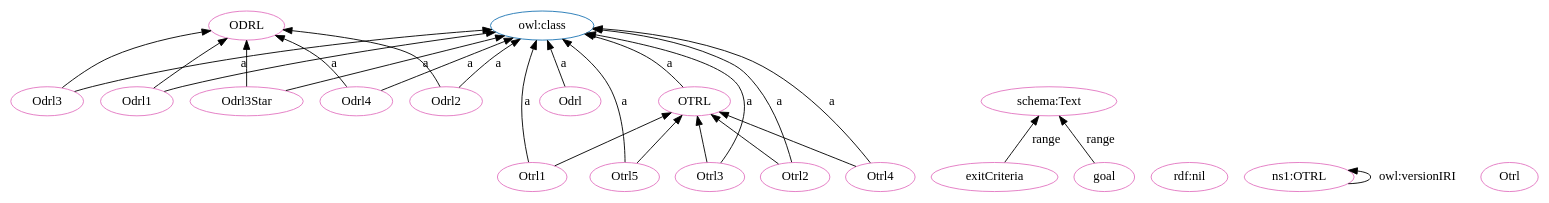
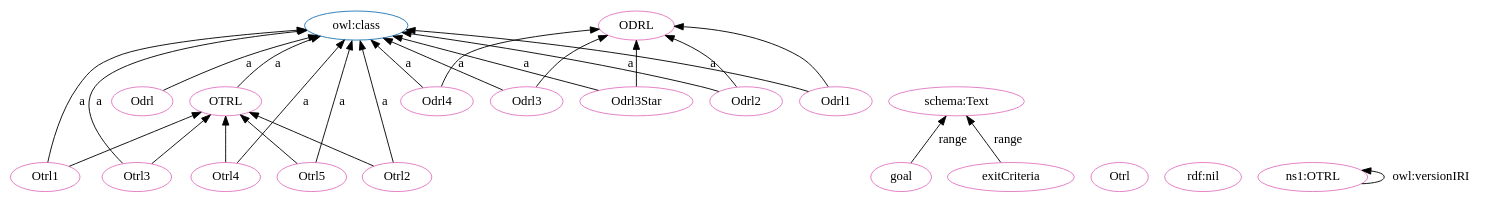
One commit to OPEN-NEXT/OKH-LOSH changed the diagram in OTRL-clean.dot. Above: the diagram before and after it, drawn with Graphviz. The commit also changed other lines of this file and 15 other files, not shown here.

```diff
--- a/OTRL-clean.dot
+++ b/OTRL-clean.dot
@@ -1,51 +1,51 @@
 digraph G {
   rankdir=BT
   node[height=.3]
+"http://purl.org/oseg/ontologies/OTRL#OTRL" [fillcolor="#1f77b4" color="#1f77b4" label="OTRL"]
 "http://purl.org/oseg/ontologies/OTRL#ODRL" [fillcolor="#1f77b4" color="#1f77b4" label="ODRL"]
 "http://www.w3.org/2002/07/owl#class" [fillcolor="#1f77b4" color="#1f77b4" label="owl:class"]
-"http://purl.org/oseg/ontologies/OTRL#OTRL" [fillcolor="#1f77b4" color="#1f77b4" label="OTRL"]
-"http://purl.org/oseg/ontologies/OTRL#Odrl" [fillcolor="#e377c2" color="#e377c2" label="Odrl"]
-"http://purl.org/oseg/ontologies/OTRL#exitCriteria" [fillcolor="#e377c2" color="#e377c2" label="exitCriteria"]
-"http://www.w3.org/1999/02/22-rdf-syntax-ns#nil" [fillcolor="#e377c2" color="#e377c2" label="rdf:nil"]
+"http://purl.org/oseg/ontologies/OTRL#Otrl4" [fillcolor="#e377c2" color="#e377c2" label="Otrl4"]
+"http://purl.org/oseg/ontologies/OTRL#Otrl1" [fillcolor="#e377c2" color="#e377c2" label="Otrl1"]
 "http://purl.org/oseg/ontologies/OTRL#OTRL" [fillcolor="#e377c2" color="#e377c2" label="OTRL"]
-"http://purl.org/oseg/ontologies/OTRL" [fillcolor="#e377c2" color="#e377c2" label="ns1:OTRL"]
-"http://purl.org/oseg/ontologies/OTRL#Otrl1" [fillcolor="#e377c2" color="#e377c2" label="Otrl1"]
-"http://purl.org/oseg/ontologies/OTRL#Otrl5" [fillcolor="#e377c2" color="#e377c2" label="Otrl5"]
-"http://purl.org/oseg/ontologies/OTRL#Otrl3" [fillcolor="#e377c2" color="#e377c2" label="Otrl3"]
-"http://purl.org/oseg/ontologies/OTRL#Odrl3" [fillcolor="#e377c2" color="#e377c2" label="Odrl3"]
+"http://purl.org/oseg/ontologies/OTRL#goal" [fillcolor="#e377c2" color="#e377c2" label="goal"]
 "http://purl.org/oseg/ontologies/OTRL#Otrl" [fillcolor="#e377c2" color="#e377c2" label="Otrl"]
 "http://purl.org/oseg/ontologies/OTRL#ODRL" [fillcolor="#e377c2" color="#e377c2" label="ODRL"]
+"http://purl.org/oseg/ontologies/OTRL#Odrl2" [fillcolor="#e377c2" color="#e377c2" label="Odrl2"]
+"http://purl.org/oseg/ontologies/OTRL#Odrl3" [fillcolor="#e377c2" color="#e377c2" label="Odrl3"]
+"http://www.w3.org/1999/02/22-rdf-syntax-ns#nil" [fillcolor="#e377c2" color="#e377c2" label="rdf:nil"]
+"http://purl.org/oseg/ontologies/OTRL" [fillcolor="#e377c2" color="#e377c2" label="ns1:OTRL"]
+"http://purl.org/oseg/ontologies/OTRL#exitCriteria" [fillcolor="#e377c2" color="#e377c2" label="exitCriteria"]
+"http://purl.org/oseg/ontologies/OTRL#Otrl3" [fillcolor="#e377c2" color="#e377c2" label="Otrl3"]
+"http://purl.org/oseg/ontologies/OTRL#Odrl" [fillcolor="#e377c2" color="#e377c2" label="Odrl"]
+"http://purl.org/oseg/ontologies/OTRL#Odrl4" [fillcolor="#e377c2" color="#e377c2" label="Odrl4"]
+"http://purl.org/oseg/ontologies/OTRL#Odrl3Star" [fillcolor="#e377c2" color="#e377c2" label="Odrl3Star"]
+"http://schema.org/Text" [fillcolor="#e377c2" color="#e377c2" label="schema:Text"]
+"http://purl.org/oseg/ontologies/OTRL#Otrl2" [fillcolor="#e377c2" color="#e377c2" label="Otrl2"]
+"http://purl.org/oseg/ontologies/OTRL#Otrl5" [fillcolor="#e377c2" color="#e377c2" label="Otrl5"]
 "http://purl.org/oseg/ontologies/OTRL#Odrl1" [fillcolor="#e377c2" color="#e377c2" label="Odrl1"]
-"http://purl.org/oseg/ontologies/OTRL#Odrl3Star" [fillcolor="#e377c2" color="#e377c2" label="Odrl3Star"]
-"http://purl.org/oseg/ontologies/OTRL#goal" [fillcolor="#e377c2" color="#e377c2" label="goal"]
-"http://purl.org/oseg/ontologies/OTRL#Otrl2" [fillcolor="#e377c2" color="#e377c2" label="Otrl2"]
-"http://purl.org/oseg/ontologies/OTRL#Odrl4" [fillcolor="#e377c2" color="#e377c2" label="Odrl4"]
-"http://purl.org/oseg/ontologies/OTRL#Odrl2" [fillcolor="#e377c2" color="#e377c2" label="Odrl2"]
-"http://purl.org/oseg/ontologies/OTRL#Otrl4" [fillcolor="#e377c2" color="#e377c2" label="Otrl4"]
-"http://schema.org/Text" [fillcolor="#e377c2" color="#e377c2" label="schema:Text"]
-  "http://purl.org/oseg/ontologies/OTRL#Otrl2" -> "http://purl.org/oseg/ontologies/OTRL#OTRL" [label=""]
+  "http://purl.org/oseg/ontologies/OTRL#Otrl4" -> "http://purl.org/oseg/ontologies/OTRL#OTRL" [label=""]
+  "http://purl.org/oseg/ontologies/OTRL#Odrl3" -> "http://www.w3.org/2002/07/owl#class" [label="a"]
+  "http://purl.org/oseg/ontologies/OTRL#Otrl3" -> "http://www.w3.org/2002/07/owl#class" [label="a"]
+  "http://purl.org/oseg/ontologies/OTRL#Otrl3" -> "http://purl.org/oseg/ontologies/OTRL#OTRL" [label=""]
+  "http://purl.org/oseg/ontologies/OTRL#Odrl3" -> "http://purl.org/oseg/ontologies/OTRL#ODRL" [label=""]
+  "http://purl.org/oseg/ontologies/OTRL#Odrl3Star" -> "http://www.w3.org/2002/07/owl#class" [label="a"]
+  "http://purl.org/oseg/ontologies/OTRL#Odrl3Star" -> "http://purl.org/oseg/ontologies/OTRL#ODRL" [label=""]
+  "http://purl.org/oseg/ontologies/OTRL#Otrl5" -> "http://purl.org/oseg/ontologies/OTRL#OTRL" [label=""]
   "http://purl.org/oseg/ontologies/OTRL" -> "http://purl.org/oseg/ontologies/OTRL" [label="owl:versionIRI"]
-  "http://purl.org/oseg/ontologies/OTRL#Odrl3" -> "http://www.w3.org/2002/07/owl#class" [label="a"]
-  "http://purl.org/oseg/ontologies/OTRL#Odrl1" -> "http://purl.org/oseg/ontologies/OTRL#ODRL" [label=""]
+  "http://purl.org/oseg/ontologies/OTRL#Otrl2" -> "http://www.w3.org/2002/07/owl#class" [label="a"]
+  "http://purl.org/oseg/ontologies/OTRL#Otrl4" -> "http://www.w3.org/2002/07/owl#class" [label="a"]
+  "http://purl.org/oseg/ontologies/OTRL#Otrl1" -> "http://www.w3.org/2002/07/owl#class" [label="a"]
   "http://purl.org/oseg/ontologies/OTRL#OTRL" -> "http://www.w3.org/2002/07/owl#class" [label="a"]
   "http://purl.org/oseg/ontologies/OTRL#Odrl4" -> "http://purl.org/oseg/ontologies/OTRL#ODRL" [label=""]
-  "http://purl.org/oseg/ontologies/OTRL#Otrl2" -> "http://www.w3.org/2002/07/owl#class" [label="a"]
+  "http://purl.org/oseg/ontologies/OTRL#Odrl2" -> "http://www.w3.org/2002/07/owl#class" [label="a"]
+  "http://purl.org/oseg/ontologies/OTRL#Otrl2" -> "http://purl.org/oseg/ontologies/OTRL#OTRL" [label=""]
   "http://purl.org/oseg/ontologies/OTRL#Odrl2" -> "http://purl.org/oseg/ontologies/OTRL#ODRL" [label=""]
-  "http://purl.org/oseg/ontologies/OTRL#Odrl2" -> "http://www.w3.org/2002/07/owl#class" [label="a"]
+  "http://purl.org/oseg/ontologies/OTRL#Odrl4" -> "http://www.w3.org/2002/07/owl#class" [label="a"]
   "http://purl.org/oseg/ontologies/OTRL#Odrl" -> "http://www.w3.org/2002/07/owl#class" [label="a"]
-  "http://purl.org/oseg/ontologies/OTRL#Otrl5" -> "http://www.w3.org/2002/07/owl#class" [label="a"]
-  "http://purl.org/oseg/ontologies/OTRL#Otrl1" -> "http://www.w3.org/2002/07/owl#class" [label="a"]
-  "http://purl.org/oseg/ontologies/OTRL#Otrl3" -> "http://www.w3.org/2002/07/owl#class" [label="a"]
-  "http://purl.org/oseg/ontologies/OTRL#Otrl5" -> "http://purl.org/oseg/ontologies/OTRL#OTRL" [label=""]
-  "http://purl.org/oseg/ontologies/OTRL#Otrl3" -> "http://purl.org/oseg/ontologies/OTRL#OTRL" [label=""]
-  "http://purl.org/oseg/ontologies/OTRL#Odrl3Star" -> "http://purl.org/oseg/ontologies/OTRL#ODRL" [label=""]
-  "http://purl.org/oseg/ontologies/OTRL#Otrl4" -> "http://purl.org/oseg/ontologies/OTRL#OTRL" [label=""]
-  "http://purl.org/oseg/ontologies/OTRL#Odrl1" -> "http://www.w3.org/2002/07/owl#class" [label="a"]
-  "http://purl.org/oseg/ontologies/OTRL#Odrl3Star" -> "http://www.w3.org/2002/07/owl#class" [label="a"]
-  "http://purl.org/oseg/ontologies/OTRL#Odrl3" -> "http://purl.org/oseg/ontologies/OTRL#ODRL" [label=""]
-  "http://purl.org/oseg/ontologies/OTRL#Otrl1" -> "http://purl.org/oseg/ontologies/OTRL#OTRL" [label=""]
-  "http://purl.org/oseg/ontologies/OTRL#Odrl4" -> "http://www.w3.org/2002/07/owl#class" [label="a"]
-  "http://purl.org/oseg/ontologies/OTRL#Otrl4" -> "http://www.w3.org/2002/07/owl#class" [label="a"]
+  "http://purl.org/oseg/ontologies/OTRL#Odrl1" -> "http://purl.org/oseg/ontologies/OTRL#ODRL" [label=""]
   "http://purl.org/oseg/ontologies/OTRL#goal" -> "http://schema.org/Text" [label="range"]
   "http://purl.org/oseg/ontologies/OTRL#exitCriteria" -> "http://schema.org/Text" [label="range"]
+  "http://purl.org/oseg/ontologies/OTRL#Otrl1" -> "http://purl.org/oseg/ontologies/OTRL#OTRL" [label=""]
+  "http://purl.org/oseg/ontologies/OTRL#Otrl5" -> "http://www.w3.org/2002/07/owl#class" [label="a"]
+  "http://purl.org/oseg/ontologies/OTRL#Odrl1" -> "http://www.w3.org/2002/07/owl#class" [label="a"]
 }
```
